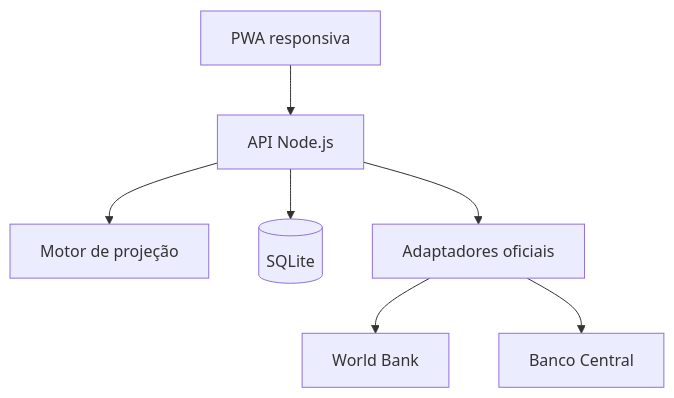
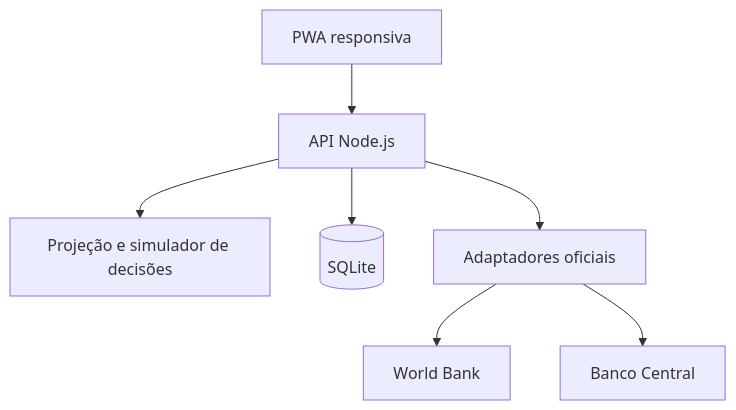
One commit to Sembla/Saldo-Real changed the diagram in README.md. Above: the diagram before and after it, drawn with Mermaid. The commit also changed other lines of this file and 14 other files, not shown here.

````diff
--- a/README.md
+++ b/README.md
@@ -70,9 +71,9 @@
 ```mermaid
 flowchart TD
   UI["PWA responsiva"] --> API["API Node.js"]
-  API --> CORE["Motor de projeção"]
+  API --> CORE["Projeção e simulador de decisões"]
   API --> DB[("SQLite")]
   API --> ADAPTERS["Adaptadores oficiais"]
   ADAPTERS --> WB["World Bank"]
   ADAPTERS --> BCB["Banco Central"]
 ```
````
